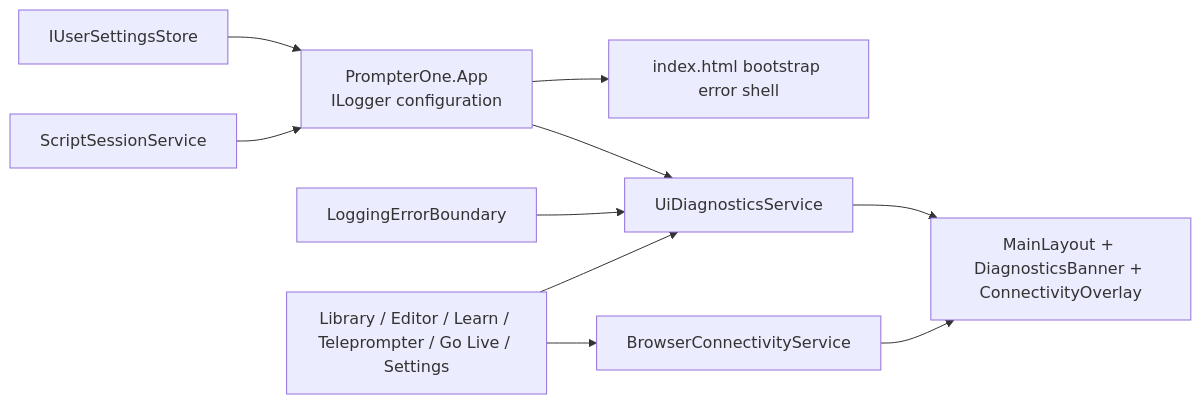
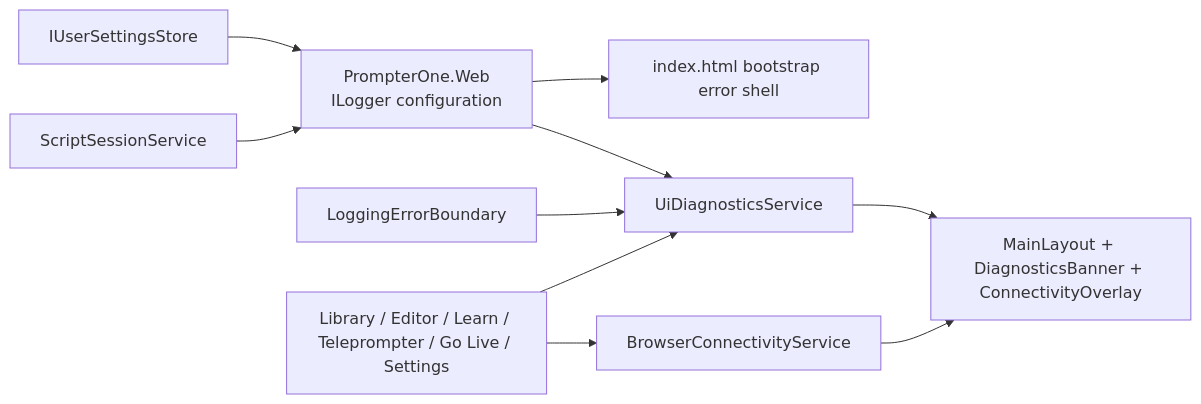
Before and after one commit to managedcode/PrompterOne: the eighth of 14 diagrams in docs/Architecture.md, drawn with Mermaid. The commit also changed other lines of this file and 20 other files, not shown here.

````diff
--- a/docs/Architecture.md
+++ b/docs/Architecture.md
@@ -305,22 +307,22 @@
 ```mermaid
 flowchart LR
-    WasmHost["PrompterOne.App<br/>ILogger configuration"]
+    WasmHost["PrompterOne.Web<br/>ILogger configuration"]
     Layout["MainLayout + DiagnosticsBanner + ConnectivityOverlay"]
     Boundary["LoggingErrorBoundary"]
     Bootstrap["index.html bootstrap error shell"]
     Connectivity["BrowserConnectivityService"]
     Diagnostics["UiDiagnosticsService"]
     Pages["Library / Editor / Learn / Teleprompter / Go Live / Settings"]
     UserSettings["IUserSettingsStore"]
     Session["ScriptSessionService"]
 
     WasmHost --> Bootstrap
     WasmHost --> Diagnostics
     Pages --> Diagnostics
     Pages --> Connectivity
     UserSettings --> WasmHost
     Session --> WasmHost
     Diagnostics --> Layout
     Connectivity --> Layout
     Boundary --> Diagnostics
 ```
````
